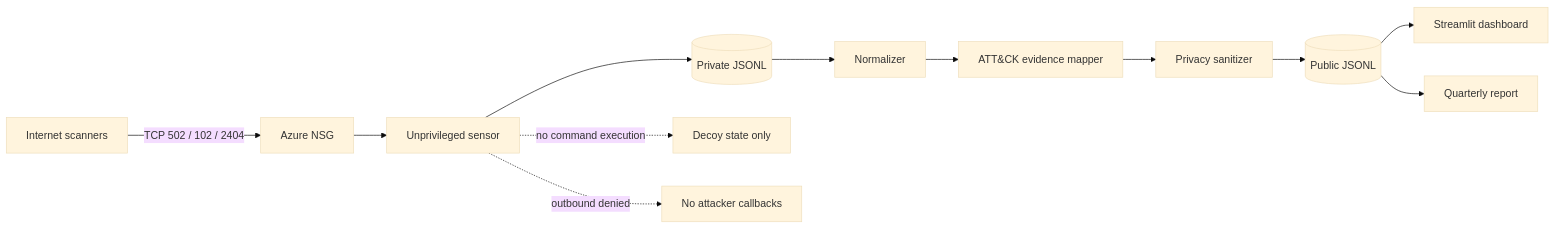
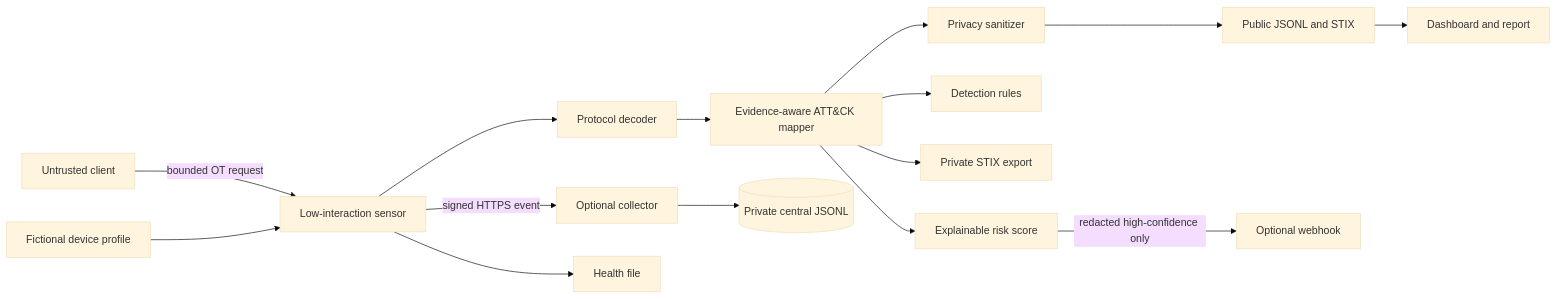
Before and after one commit to Afnan16312/ot-sentinel-ics-honeypot: the diagram in docs/ARCHITECTURE.md, drawn with Mermaid (base theme). The commit also changed other lines of this file and 58 other files, not shown here.

````diff
--- a/docs/ARCHITECTURE.md
+++ b/docs/ARCHITECTURE.md
@@ -5,15 +5,17 @@
 ```mermaid
 flowchart LR
-    A[Internet scanners] -->|TCP 502 / 102 / 2404| B[Azure NSG]
-    B --> C[Unprivileged sensor]
-    C --> D[(Private JSONL)]
-    D --> E[Normalizer]
-    E --> F[ATT&CK evidence mapper]
-    F --> G[Privacy sanitizer]
-    G --> H[(Public JSONL)]
-    H --> I[Streamlit dashboard]
-    H --> J[Quarterly report]
-
-    C -. no command execution .-> K[Decoy state only]
-    C -. outbound denied .-> L[No attacker callbacks]
+    A[Untrusted client] -->|bounded OT request| B[Low-interaction sensor]
+    P[Fictional device profile] --> B
+    B --> C[Protocol decoder]
+    C --> D[Evidence-aware ATT&CK mapper]
+    D --> E[Explainable risk score]
+    D --> R[Detection rules]
+    D --> S[Private STIX export]
+    D --> F[Privacy sanitizer]
+    F --> G[Public JSONL and STIX]
+    G --> H[Dashboard and report]
+    B -->|signed HTTPS event| I[Optional collector]
+    I --> J[(Private central JSONL)]
+    B --> K[Health file]
+    E -->|redacted high-confidence only| L[Optional webhook]
 ```
````
